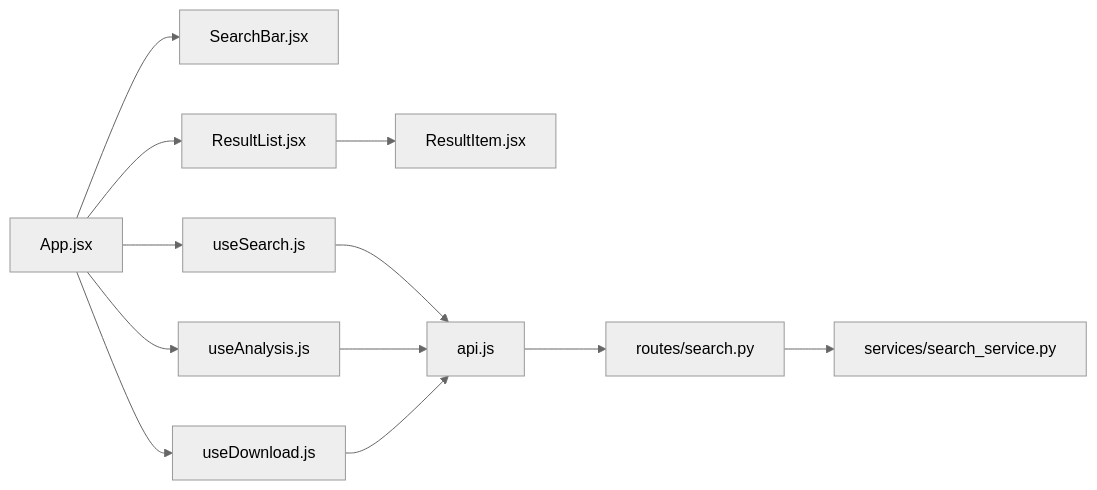
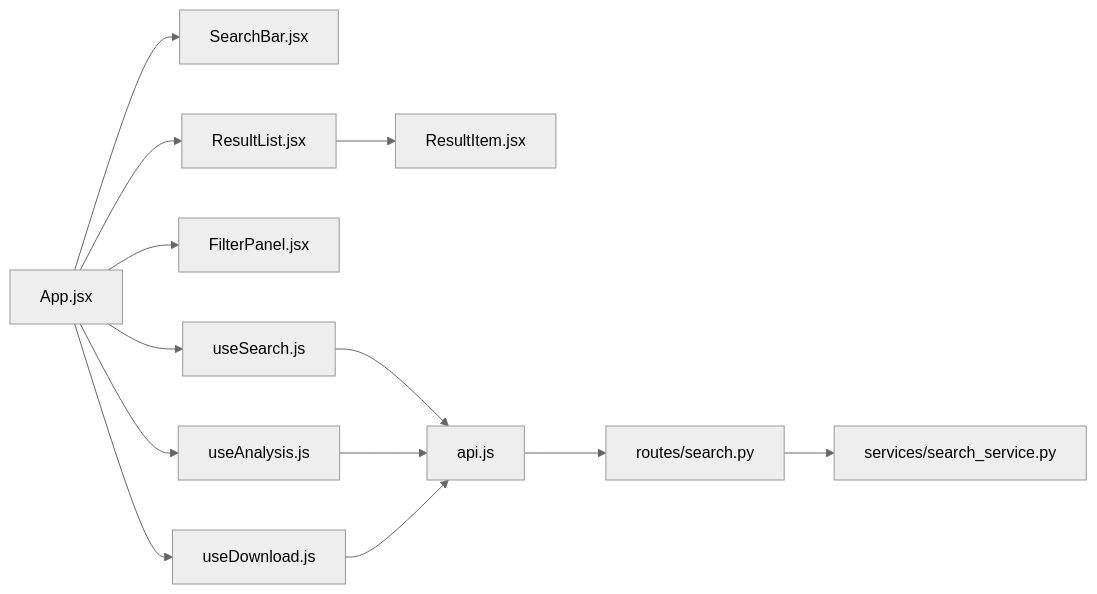
Before and after one commit to wangdy21/search_is_all_you_need: the fourth of 4 diagrams in .qoder/repowiki/zh/content/前端开发指南/组件架构设计/搜索相关组件.md, drawn with Mermaid (neutral theme). The commit also changed other lines of this file and 11 other files, not shown here.

````diff
--- a/.qoder/repowiki/zh/content/前端开发指南/组件架构设计/搜索相关组件.md
+++ b/.qoder/repowiki/zh/content/前端开发指南/组件架构设计/搜索相关组件.md
@@ -252,14 +335,15 @@
 ```mermaid
 graph LR
 APP["App.jsx"] --> SB["SearchBar.jsx"]
 APP --> RL["ResultList.jsx"]
 RL --> RI["ResultItem.jsx"]
+APP --> FP["FilterPanel.jsx"]
 APP --> US["useSearch.js"]
 APP --> UA["useAnalysis.js"]
 APP --> UD["useDownload.js"]
 US --> API["api.js"]
 UA --> API
 UD --> API
 API --> ROUTE["routes/search.py"]
 ROUTE --> SVC["services/search_service.py"]
 ```
````
